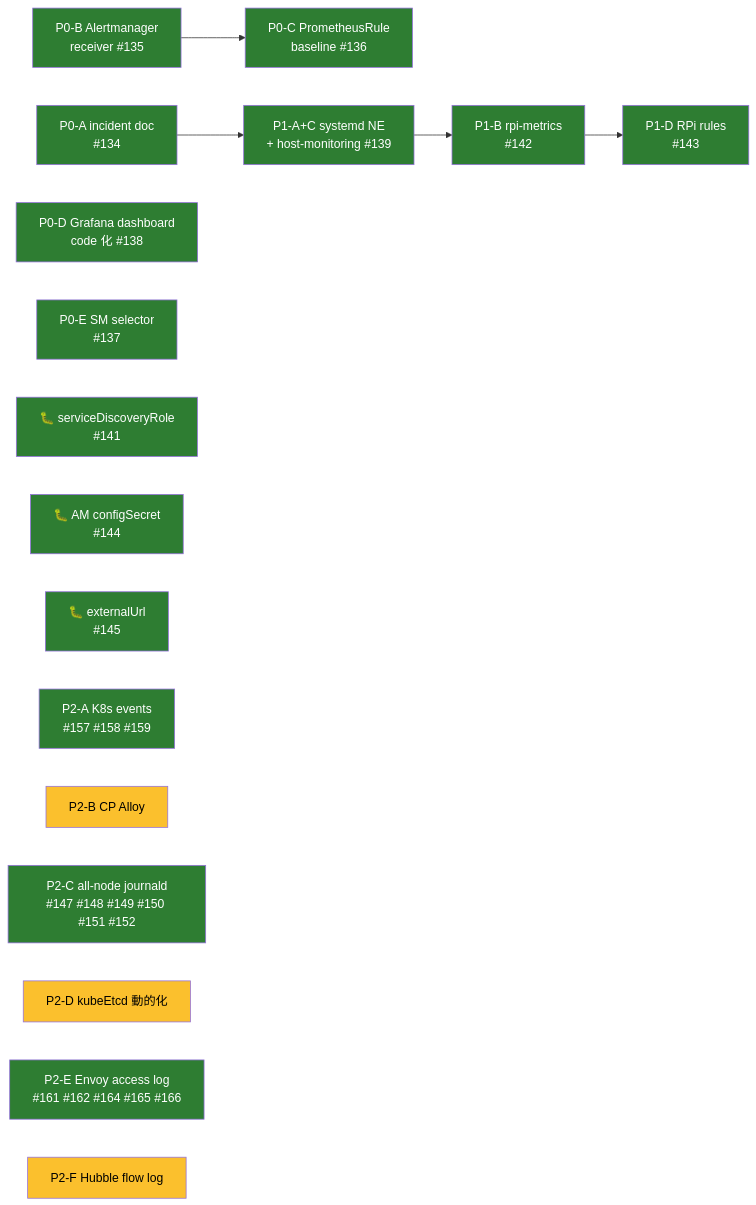
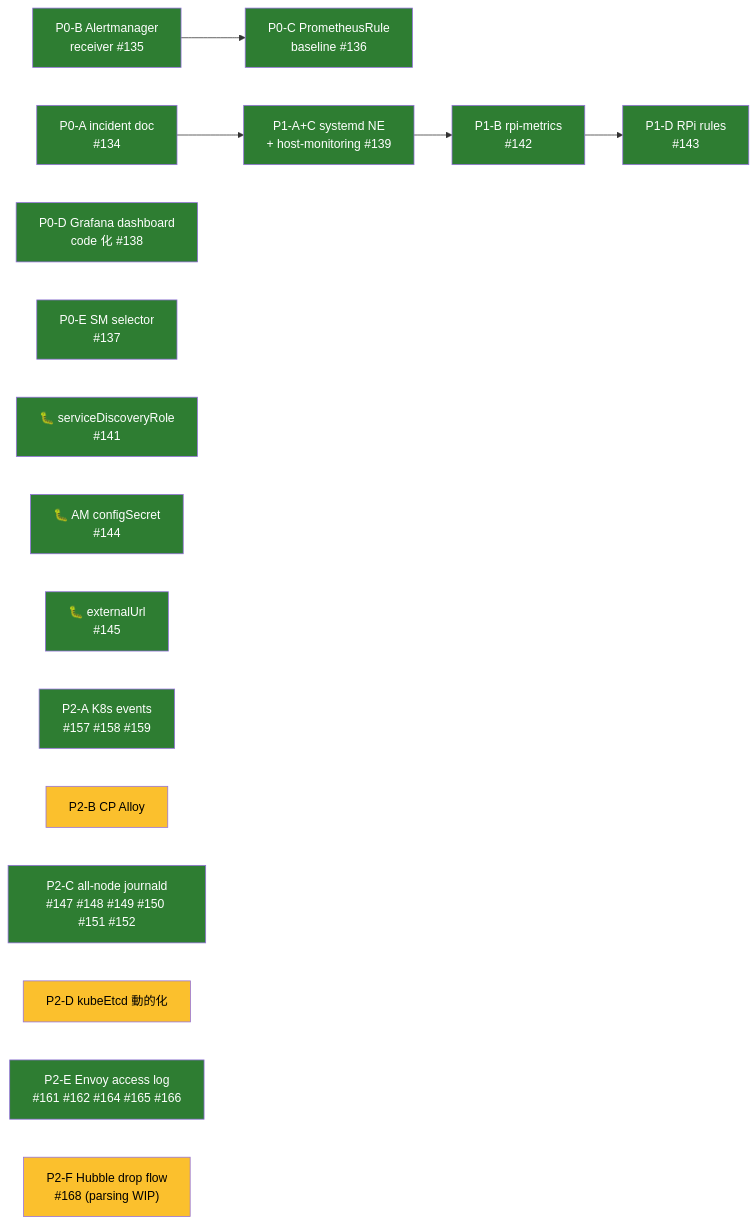
Before and after one commit to bright-room/br-cluster: the diagram in docs/observability-plan.md, drawn with Mermaid. The commit also changed other lines of this file, not shown here.

First line of the commit message:
docs(observability): mark P2-F phase 1 (exporter) complete, parsing is WIP

````diff
--- a/docs/observability-plan.md
+++ b/docs/observability-plan.md
@@ -19,31 +19,31 @@
 ```mermaid
 flowchart LR
   classDef done fill:#2e7d32,color:#fff
   classDef p2 fill:#fbc02d,color:#000
   classDef p3 fill:#9e9e9e,color:#fff
 
   P0A["P0-A incident doc<br/>#134"]:::done
   P0B["P0-B Alertmanager<br/>receiver #135"]:::done
   P0C["P0-C PrometheusRule<br/>baseline #136"]:::done
   P0D["P0-D Grafana dashboard<br/>code 化 #138"]:::done
   P0E["P0-E SM selector<br/>#137"]:::done
   P0F["🐛 serviceDiscoveryRole<br/>#141"]:::done
 
   P1AC["P1-A+C systemd NE<br/>+ host-monitoring #139"]:::done
   P1B["P1-B rpi-metrics<br/>#142"]:::done
   P1D["P1-D RPi rules<br/>#143"]:::done
   P1F["🐛 AM configSecret<br/>#144"]:::done
   P1G["🐛 externalUrl<br/>#145"]:::done
 
   P2A["P2-A K8s events<br/>#157 #158 #159"]:::done
   P2B["P2-B CP Alloy"]:::p2
   P2C["P2-C all-node journald<br/>#147 #148 #149 #150 #151 #152"]:::done
   P2D["P2-D kubeEtcd 動的化"]:::p2
   P2E["P2-E Envoy access log<br/>#161 #162 #164 #165 #166"]:::done
-  P2F["P2-F Hubble flow log"]:::p2
+  P2F["P2-F Hubble drop flow<br/>#168 (parsing WIP)"]:::p2
 
   P0A --> P1AC
   P0B --> P0C
   P1AC --> P1B
   P1B --> P1D
 ```
````
